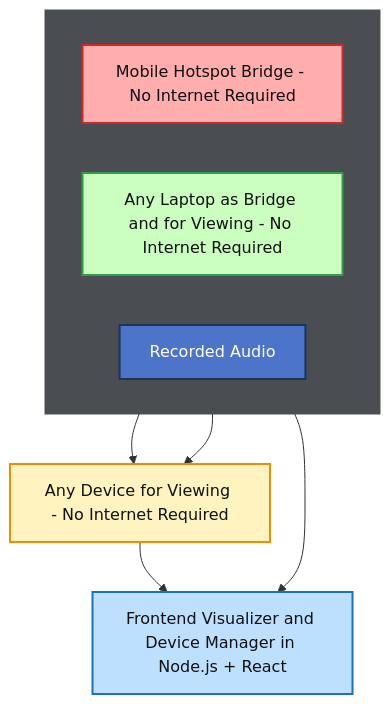
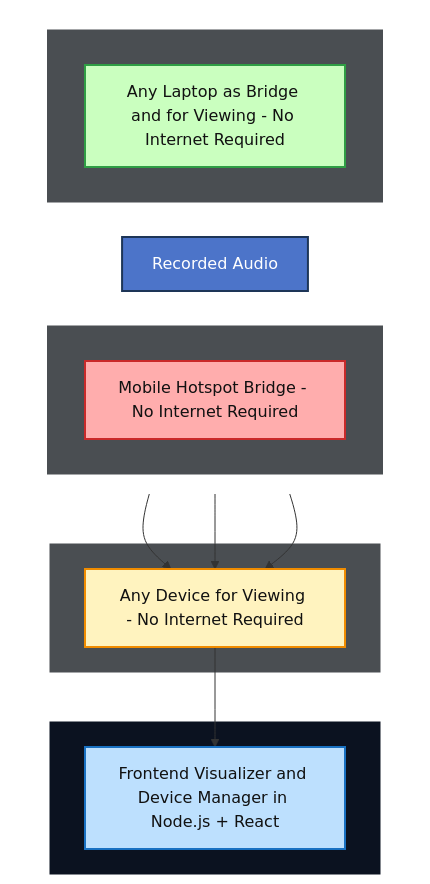
One commit to anamtya-tech/SonicWild_SpatialyAwareAcoustics changed the second of 2 diagrams in blue print/SonicWild_High_Level_Architecture.md. Above: the diagram before and after it, drawn with Mermaid.

Commit message:
Make second diagram horizontal to match reference image

````diff
--- a/blue print/SonicWild_High_Level_Architecture.md
+++ b/blue print/SonicWild_High_Level_Architecture.md
@@ -43,24 +43,41 @@
 ```mermaid
 flowchart TB
     subgraph ROW1[ ]
         direction LR
-        PHONE[Mobile Hotspot Bridge - No Internet Required]
-        LAPTOP[Any Laptop as Bridge and for Viewing - No Internet Required]
+
+        subgraph HS_WRAP[ ]
+            PHONE[Mobile Hotspot Bridge - No Internet Required]
+        end
+
+        subgraph LP_WRAP[ ]
+            LAPTOP[Any Laptop as Bridge and for Viewing - No Internet Required]
+        end
+
         REC[Recorded Audio]
     end
 
-    VIEW[Any Device for Viewing - No Internet Required]
-    FE[Frontend Visualizer and Device Manager in Node.js + React]
+    subgraph VIEW_WRAP[ ]
+        VIEW[Any Device for Viewing - No Internet Required]
+    end
+
+    subgraph FE_WRAP[ ]
+        FE[Frontend Visualizer and Device Manager in Node.js + React]
+    end
 
     PHONE --> VIEW
     LAPTOP --> VIEW
+    REC --> VIEW
     VIEW --> FE
-    REC --> FE
 
     style PHONE fill:#ffadad,stroke:#c92a2a,stroke-width:2px,color:#111111
     style LAPTOP fill:#caffbf,stroke:#2f9e44,stroke-width:2px,color:#111111
     style VIEW fill:#fff3bf,stroke:#f08c00,stroke-width:2px,color:#111111
     style FE fill:#bde0fe,stroke:#1971c2,stroke-width:2px,color:#111111
     style REC fill:#4c74c9,stroke:#1d3557,stroke-width:2px,color:#ffffff
-    style ROW1 fill:#4a4e52,stroke:#4a4e52,stroke-width:1px,color:#ffffff
+
+    style HS_WRAP fill:#4a4e52,stroke:#4a4e52,stroke-width:1px,color:#ffffff
+    style LP_WRAP fill:#4a4e52,stroke:#4a4e52,stroke-width:1px,color:#ffffff
+    style VIEW_WRAP fill:#4a4e52,stroke:#4a4e52,stroke-width:1px,color:#ffffff
+    style FE_WRAP fill:#0b1220,stroke:#0b1220,stroke-width:1px,color:#ffffff
+    style ROW1 fill:#ffffff,stroke:#ffffff,stroke-width:0px,color:#111111
 ```
````
